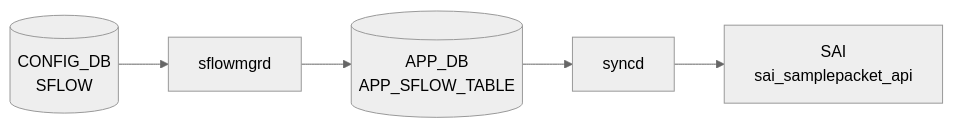
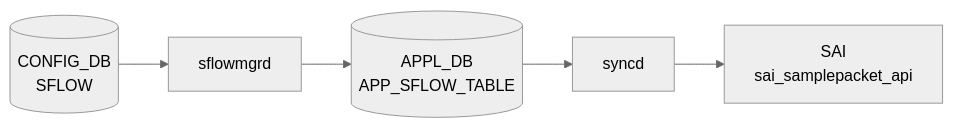
Before and after one commit to aoki-taquan/sonic-unofficial-docs: the diagram in docs/reference/config-db/sflow.md, drawn with Mermaid (neutral theme). The commit also changed 91 other files, not shown here.

First line of the commit message:
fix(review-067): APP_DB→APPL_DB in mermaid labels; exclude APPL_DB pages from auto-gen

````diff
--- a/docs/reference/config-db/sflow.md
+++ b/docs/reference/config-db/sflow.md
@@ -34,12 +34,12 @@
 ```mermaid
 flowchart LR
   CDB[("CONFIG_DB<br/>SFLOW")]
   DM["sflowmgrd"]
   CDB --> DM
-  APPDB[("APP_DB<br/>APP_SFLOW_TABLE")]
+  APPDB[("APPL_DB<br/>APP_SFLOW_TABLE")]
   DM --> APPDB
   SYNCD["syncd"]
   APPDB --> SYNCD
   SAI["SAI<br/>sai_samplepacket_api"]
   SYNCD --> SAI
 ```
````
